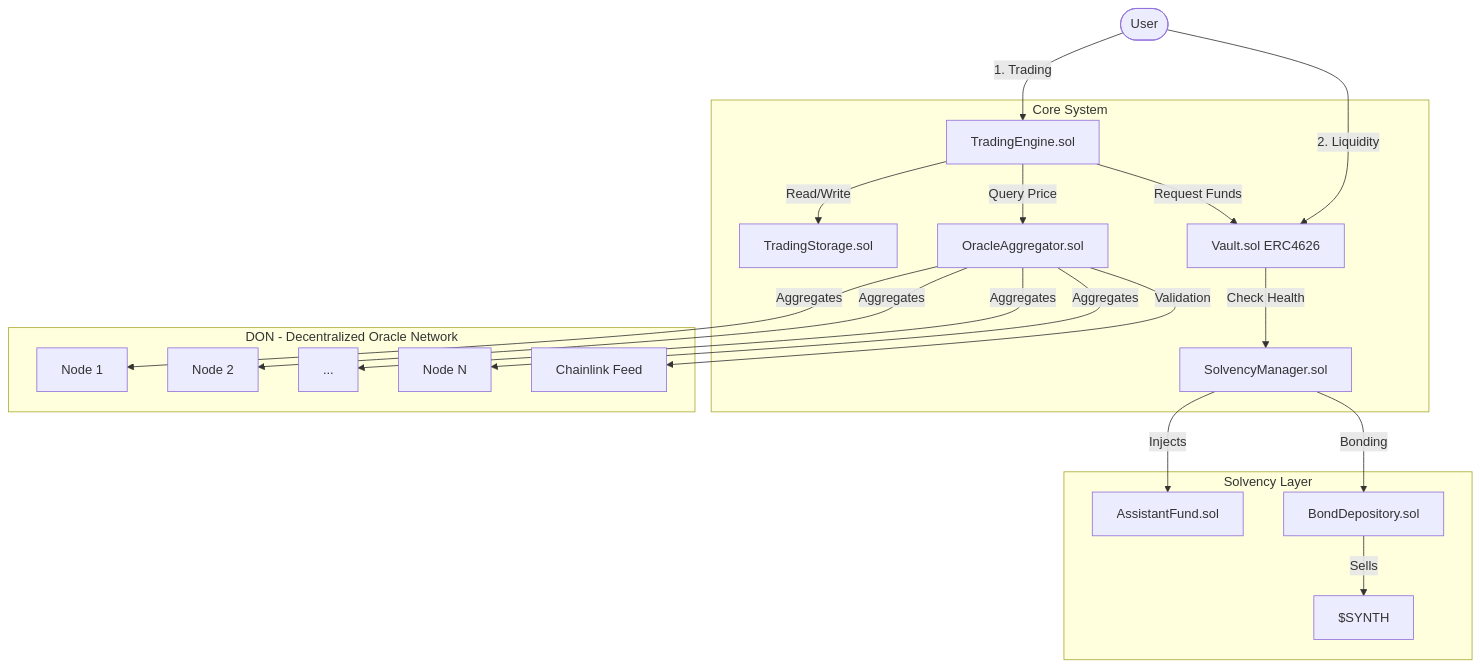
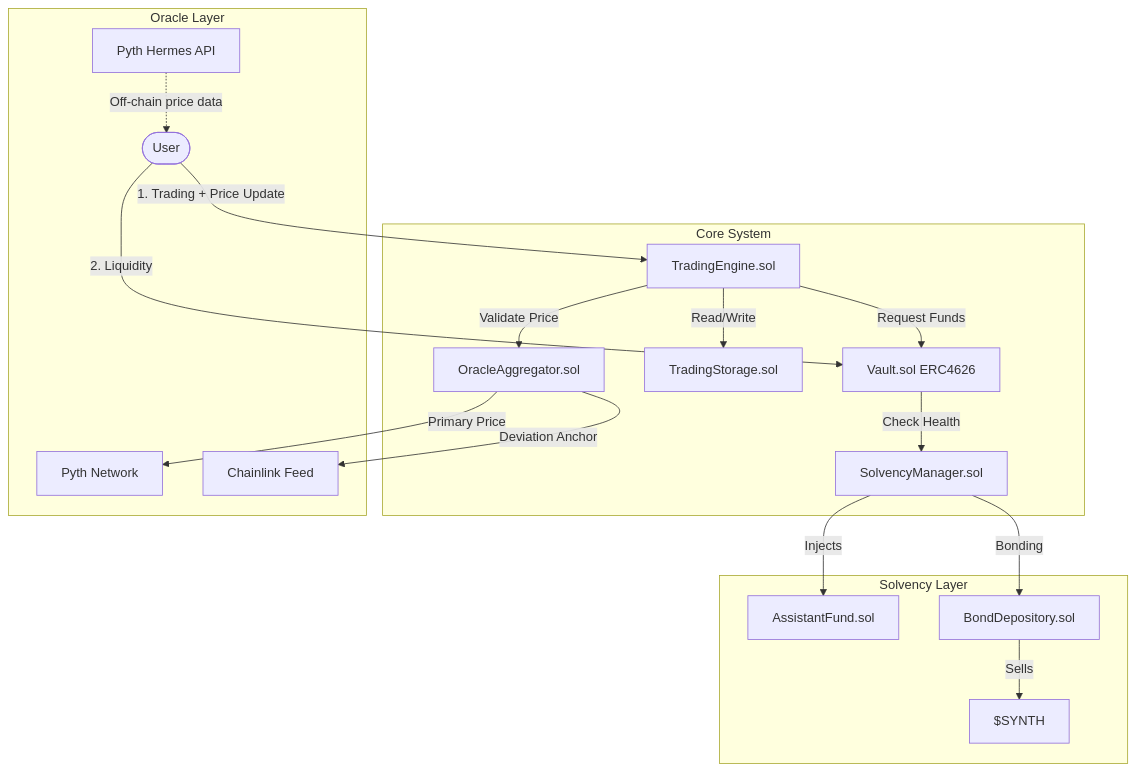
One commit to GushALKDev/evm-synthetic-trading-protocol changed the first of 5 diagrams in docs/03-architecture.md. Above: the diagram before and after it, drawn with Mermaid. The commit also changed other lines of this file and 8 other files, not shown here.

First line of the commit message:
Redesign oracle architecture from custom DON to Pyth + Chainlink

````diff
--- a/docs/03-architecture.md
+++ b/docs/03-architecture.md
@@ -23,26 +24,24 @@
 ```mermaid
 graph TD
-    User([User]) -->|1. Trading| Proxy[TradingEngine.sol]
+    User([User]) -->|1. Trading + Price Update| Engine[TradingEngine.sol]
     User -->|2. Liquidity| Vault[Vault.sol ERC4626]
-    
+
     subgraph Core System
-        Proxy -->|Read/Write| Storage[TradingStorage.sol]
-        Proxy -->|Query Price| Aggregator[OracleAggregator.sol]
-        Proxy -->|Request Funds| Vault
+        Engine -->|Read/Write| Storage[TradingStorage.sol]
+        Engine -->|Validate Price| Oracle[OracleAggregator.sol]
+        Engine -->|Request Funds| Vault
         Vault -->|Check Health| Solvency[SolvencyManager.sol]
     end
-    
-    subgraph DON - Decentralized Oracle Network
-        Aggregator -->|Aggregates| Node1[Node 1]
-        Aggregator -->|Aggregates| Node2[Node 2]
-        Aggregator -->|Aggregates| Node3[...]
-        Aggregator -->|Aggregates| NodeN[Node N]
-        Aggregator -->|Validation| Chainlink[Chainlink Feed]
+
+    subgraph Oracle Layer
+        Oracle -->|Primary Price| Pyth[Pyth Network]
+        Oracle -->|Deviation Anchor| Chainlink[Chainlink Feed]
+        Hermes[Pyth Hermes API] -.->|Off-chain price data| User
     end
-    
+
     subgraph Solvency Layer
         Solvency -->|Injects| Assistant[AssistantFund.sol]
         Solvency -->|Bonding| Bond[BondDepository.sol]
         Bond -->|Sells| Token[$SYNTH]
     end
 ```
````
